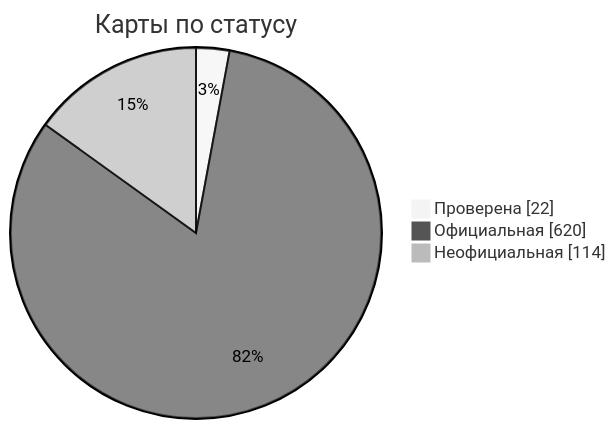
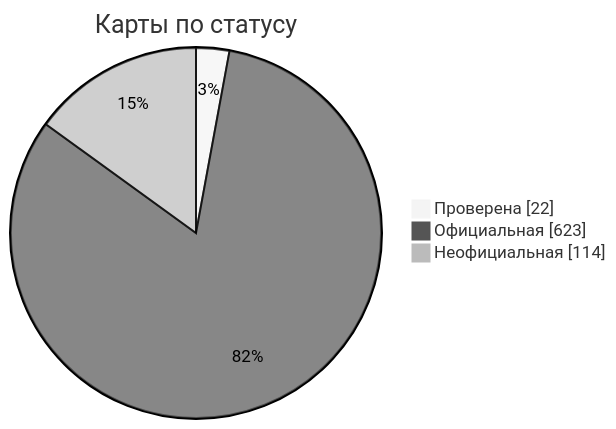
One commit to nobrega8/mbmap-library changed the diagram in docs/readme/README_RU.md. Above: the diagram before and after it, drawn with Mermaid (neutral theme). The commit also changed 8 other files, not shown here.

````diff
--- a/docs/readme/README_RU.md
+++ b/docs/readme/README_RU.md
@@ -54,7 +54,7 @@
 ```mermaid
 pie showData
     title Карты по статусу
     "Проверена" : 22
-    "Официальная" : 620
+    "Официальная" : 623
     "Неофициальная" : 114
 ```
````
